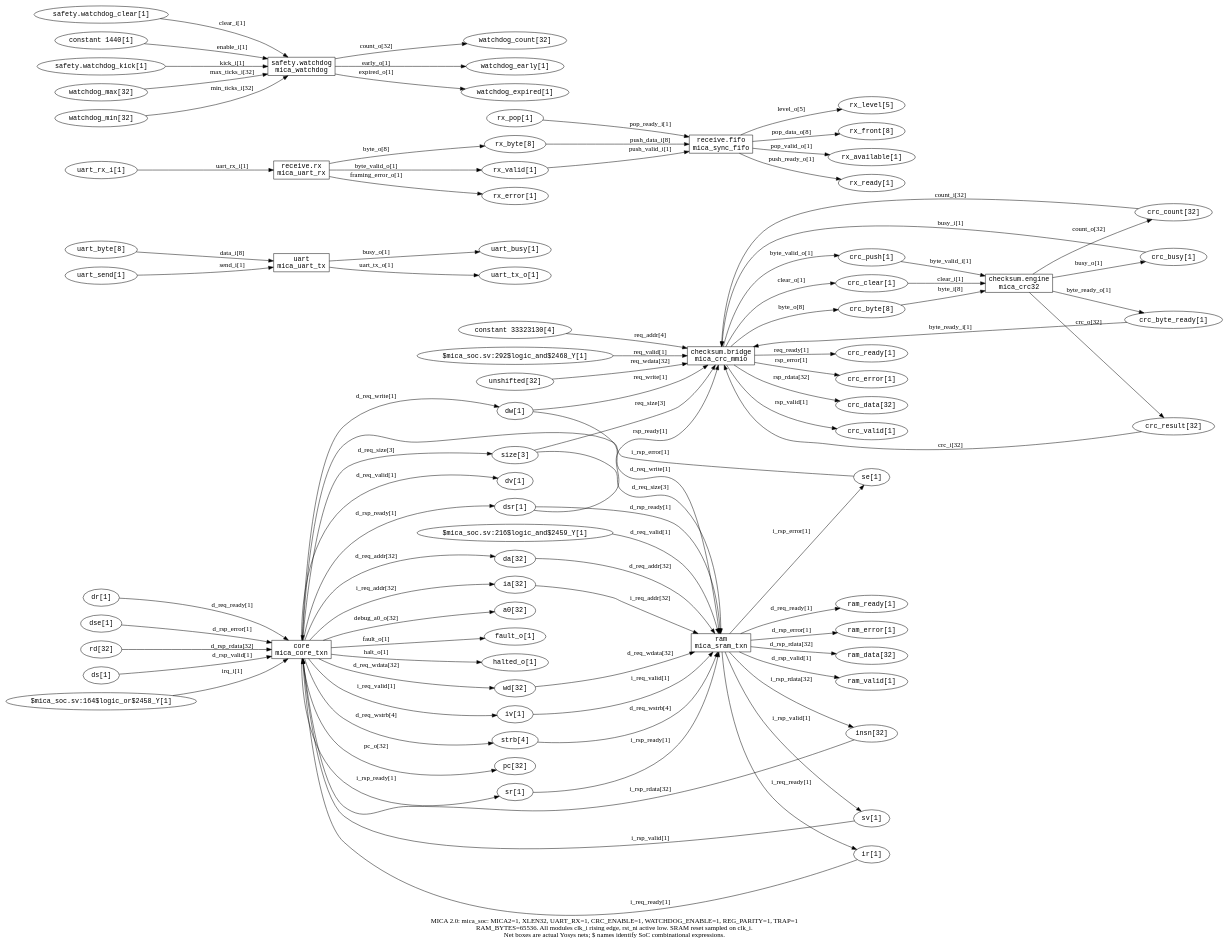
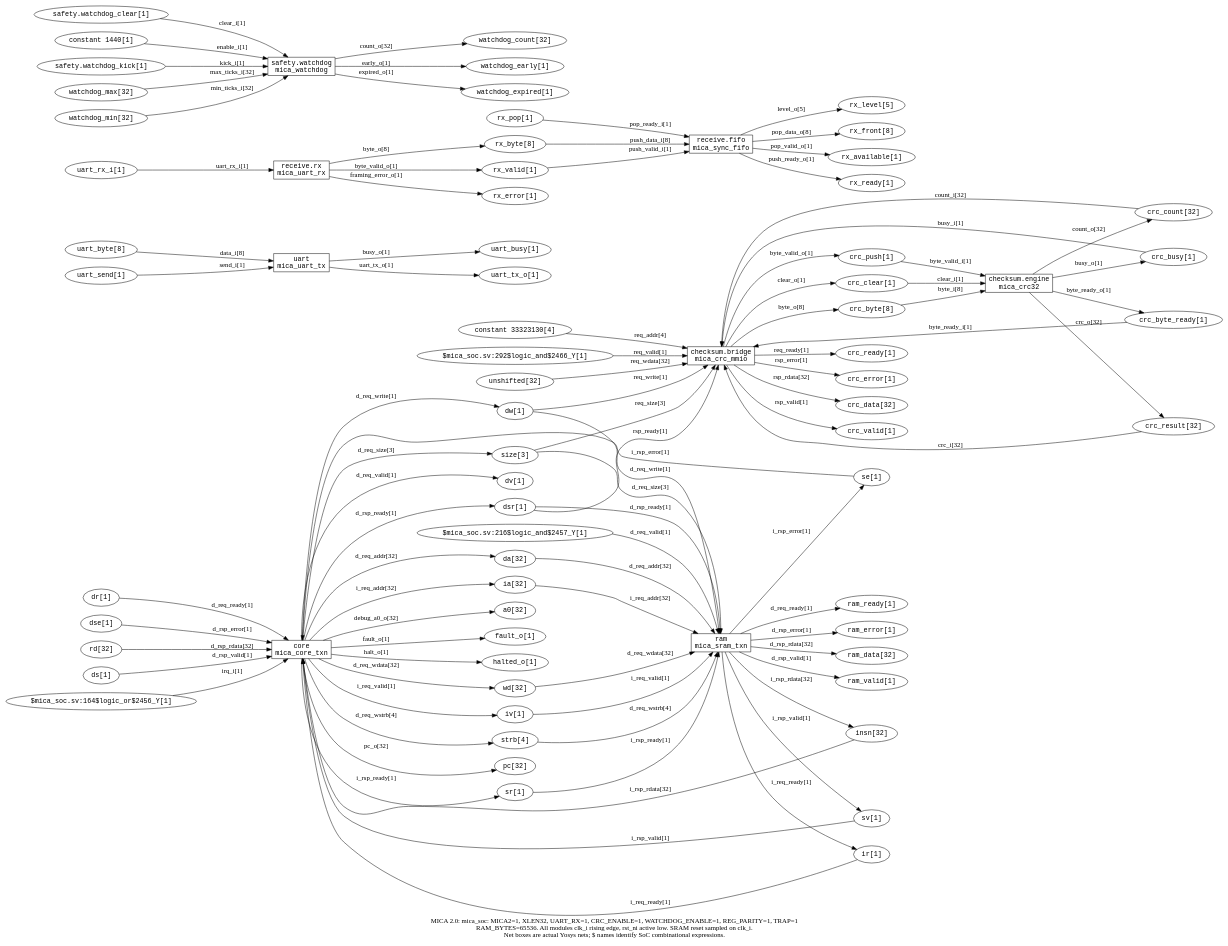
Before and after one commit to RobertFlexx/MICA: the diagram in schematics/04-soc-bus.dot, drawn with Graphviz. The commit also changed 189 other files, not shown here.

```diff
--- a/schematics/04-soc-bus.dot
+++ b/schematics/04-soc-bus.dot
@@ -1,162 +1,162 @@
 digraph soc {rankdir=LR;node[shape=box,fontname="monospace"];
 label="MICA 2.0: mica_soc: MICA2=1, XLEN32, UART_RX=1, CRC_ENABLE=1, WATCHDOG_ENABLE=1, REG_PARITY=1, TRAP=1\nRAM_BYTES=65536. All modules clk_i rising edge, rst_ni active low. SRAM reset sampled on clk_i.\nNet boxes are actual Yosys nets; $ names identify SoC combinational expressions.";
 c0[label="core\nmica_core_txn"];
 n0[shape=ellipse,label="da[32]"];
 c0->n0[label="d_req_addr[32]"];
 n1[shape=ellipse,label="dr[1]"];
 n1->c0[label="d_req_ready[1]"];
 n2[shape=ellipse,label="size[3]"];
 c0->n2[label="d_req_size[3]"];
 n3[shape=ellipse,label="dv[1]"];
 c0->n3[label="d_req_valid[1]"];
 n4[shape=ellipse,label="wd[32]"];
 c0->n4[label="d_req_wdata[32]"];
 n5[shape=ellipse,label="dw[1]"];
 c0->n5[label="d_req_write[1]"];
 n6[shape=ellipse,label="strb[4]"];
 c0->n6[label="d_req_wstrb[4]"];
 n7[shape=ellipse,label="dse[1]"];
 n7->c0[label="d_rsp_error[1]"];
 n8[shape=ellipse,label="rd[32]"];
 n8->c0[label="d_rsp_rdata[32]"];
 n9[shape=ellipse,label="dsr[1]"];
 c0->n9[label="d_rsp_ready[1]"];
 n10[shape=ellipse,label="ds[1]"];
 n10->c0[label="d_rsp_valid[1]"];
 n11[shape=ellipse,label="a0[32]"];
 c0->n11[label="debug_a0_o[32]"];
 n12[shape=ellipse,label="fault_o[1]"];
 c0->n12[label="fault_o[1]"];
 n13[shape=ellipse,label="halted_o[1]"];
 c0->n13[label="halt_o[1]"];
 n14[shape=ellipse,label="ia[32]"];
 c0->n14[label="i_req_addr[32]"];
 n15[shape=ellipse,label="ir[1]"];
 n15->c0[label="i_req_ready[1]"];
 n16[shape=ellipse,label="iv[1]"];
 c0->n16[label="i_req_valid[1]"];
 n17[shape=ellipse,label="se[1]"];
 n17->c0[label="i_rsp_error[1]"];
 n18[shape=ellipse,label="insn[32]"];
 n18->c0[label="i_rsp_rdata[32]"];
 n19[shape=ellipse,label="sr[1]"];
 c0->n19[label="i_rsp_ready[1]"];
 n20[shape=ellipse,label="sv[1]"];
 n20->c0[label="i_rsp_valid[1]"];
-n21[shape=ellipse,label="$mica_soc.sv:164$logic_or$2458_Y[1]"];
+n21[shape=ellipse,label="$mica_soc.sv:164$logic_or$2456_Y[1]"];
 n21->c0[label="irq_i[1]"];
 n22[shape=ellipse,label="pc[32]"];
 c0->n22[label="pc_o[32]"];
 c1[label="ram\nmica_sram_txn"];
 n0->c1[label="d_req_addr[32]"];
 n23[shape=ellipse,label="ram_ready[1]"];
 c1->n23[label="d_req_ready[1]"];
 n2->c1[label="d_req_size[3]"];
-n24[shape=ellipse,label="$mica_soc.sv:216$logic_and$2459_Y[1]"];
+n24[shape=ellipse,label="$mica_soc.sv:216$logic_and$2457_Y[1]"];
 n24->c1[label="d_req_valid[1]"];
 n4->c1[label="d_req_wdata[32]"];
 n5->c1[label="d_req_write[1]"];
 n6->c1[label="d_req_wstrb[4]"];
 n25[shape=ellipse,label="ram_error[1]"];
 c1->n25[label="d_rsp_error[1]"];
 n26[shape=ellipse,label="ram_data[32]"];
 c1->n26[label="d_rsp_rdata[32]"];
 n9->c1[label="d_rsp_ready[1]"];
 n27[shape=ellipse,label="ram_valid[1]"];
 c1->n27[label="d_rsp_valid[1]"];
 n14->c1[label="i_req_addr[32]"];
 c1->n15[label="i_req_ready[1]"];
 n16->c1[label="i_req_valid[1]"];
 c1->n17[label="i_rsp_error[1]"];
 c1->n18[label="i_rsp_rdata[32]"];
 n19->c1[label="i_rsp_ready[1]"];
 c1->n20[label="i_rsp_valid[1]"];
 c2[label="uart\nmica_uart_tx"];
 n28[shape=ellipse,label="uart_busy[1]"];
 c2->n28[label="busy_o[1]"];
 n29[shape=ellipse,label="uart_byte[8]"];
 n29->c2[label="data_i[8]"];
 n30[shape=ellipse,label="uart_send[1]"];
 n30->c2[label="send_i[1]"];
 n31[shape=ellipse,label="uart_tx_o[1]"];
 c2->n31[label="uart_tx_o[1]"];
 c3[label="receive.rx\nmica_uart_rx"];
 n32[shape=ellipse,label="rx_byte[8]"];
 c3->n32[label="byte_o[8]"];
 n33[shape=ellipse,label="rx_valid[1]"];
 c3->n33[label="byte_valid_o[1]"];
 n34[shape=ellipse,label="rx_error[1]"];
 c3->n34[label="framing_error_o[1]"];
 n35[shape=ellipse,label="uart_rx_i[1]"];
 n35->c3[label="uart_rx_i[1]"];
 c4[label="receive.fifo\nmica_sync_fifo"];
 n36[shape=ellipse,label="rx_level[5]"];
 c4->n36[label="level_o[5]"];
 n37[shape=ellipse,label="rx_front[8]"];
 c4->n37[label="pop_data_o[8]"];
 n38[shape=ellipse,label="rx_pop[1]"];
 n38->c4[label="pop_ready_i[1]"];
 n39[shape=ellipse,label="rx_available[1]"];
 c4->n39[label="pop_valid_o[1]"];
 n32->c4[label="push_data_i[8]"];
 n40[shape=ellipse,label="rx_ready[1]"];
 c4->n40[label="push_ready_o[1]"];
 n33->c4[label="push_valid_i[1]"];
 c5[label="checksum.bridge\nmica_crc_mmio"];
 n41[shape=ellipse,label="crc_busy[1]"];
 n41->c5[label="busy_i[1]"];
 n42[shape=ellipse,label="crc_byte[8]"];
 c5->n42[label="byte_o[8]"];
 n43[shape=ellipse,label="crc_byte_ready[1]"];
 n43->c5[label="byte_ready_i[1]"];
 n44[shape=ellipse,label="crc_push[1]"];
 c5->n44[label="byte_valid_o[1]"];
 n45[shape=ellipse,label="crc_clear[1]"];
 c5->n45[label="clear_o[1]"];
 n46[shape=ellipse,label="crc_count[32]"];
 n46->c5[label="count_i[32]"];
 n47[shape=ellipse,label="crc_result[32]"];
 n47->c5[label="crc_i[32]"];
 n48[shape=ellipse,label="constant 33323130[4]"];
 n48->c5[label="req_addr[4]"];
 n49[shape=ellipse,label="crc_ready[1]"];
 c5->n49[label="req_ready[1]"];
 n2->c5[label="req_size[3]"];
-n50[shape=ellipse,label="$mica_soc.sv:292$logic_and$2468_Y[1]"];
+n50[shape=ellipse,label="$mica_soc.sv:292$logic_and$2466_Y[1]"];
 n50->c5[label="req_valid[1]"];
 n51[shape=ellipse,label="unshifted[32]"];
 n51->c5[label="req_wdata[32]"];
 n5->c5[label="req_write[1]"];
 n52[shape=ellipse,label="crc_error[1]"];
 c5->n52[label="rsp_error[1]"];
 n53[shape=ellipse,label="crc_data[32]"];
 c5->n53[label="rsp_rdata[32]"];
 n9->c5[label="rsp_ready[1]"];
 n54[shape=ellipse,label="crc_valid[1]"];
 c5->n54[label="rsp_valid[1]"];
 c6[label="checksum.engine\nmica_crc32"];
 c6->n41[label="busy_o[1]"];
 n42->c6[label="byte_i[8]"];
 c6->n43[label="byte_ready_o[1]"];
 n44->c6[label="byte_valid_i[1]"];
 n45->c6[label="clear_i[1]"];
 c6->n46[label="count_o[32]"];
 c6->n47[label="crc_o[32]"];
 c7[label="safety.watchdog\nmica_watchdog"];
 n55[shape=ellipse,label="safety.watchdog_clear[1]"];
 n55->c7[label="clear_i[1]"];
 n56[shape=ellipse,label="watchdog_count[32]"];
 c7->n56[label="count_o[32]"];
 n57[shape=ellipse,label="watchdog_early[1]"];
 c7->n57[label="early_o[1]"];
 n58[shape=ellipse,label="constant 1440[1]"];
 n58->c7[label="enable_i[1]"];
 n59[shape=ellipse,label="watchdog_expired[1]"];
 c7->n59[label="expired_o[1]"];
 n60[shape=ellipse,label="safety.watchdog_kick[1]"];
 n60->c7[label="kick_i[1]"];
 n61[shape=ellipse,label="watchdog_max[32]"];
 n61->c7[label="max_ticks_i[32]"];
 n62[shape=ellipse,label="watchdog_min[32]"];
 n62->c7[label="min_ticks_i[32]"];
 }
```
